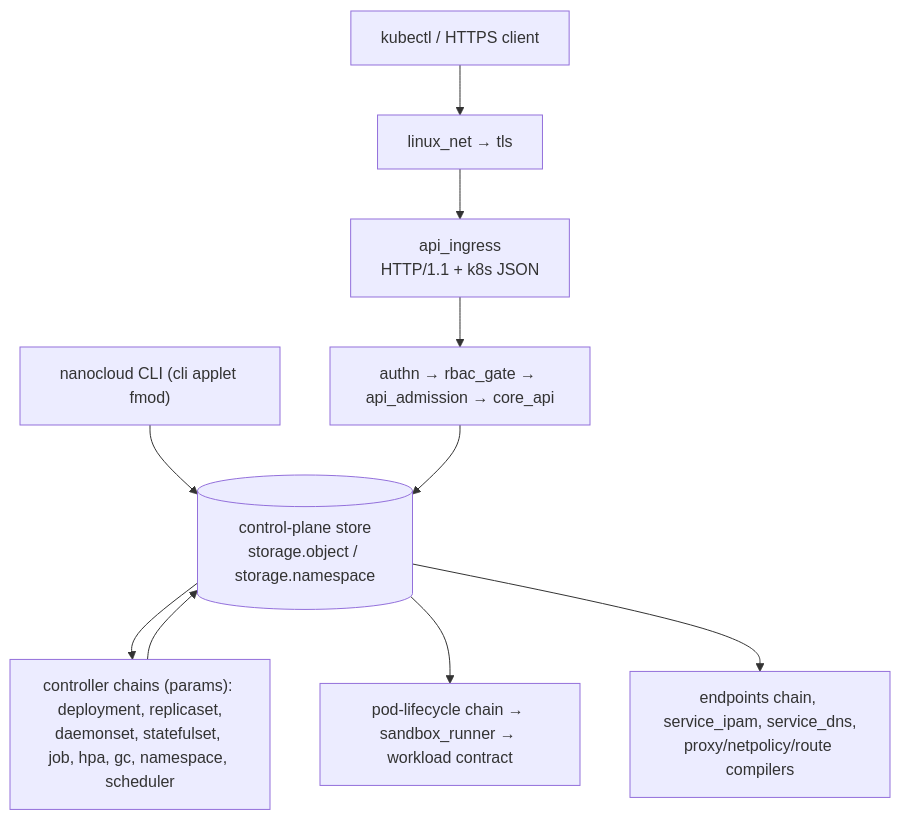
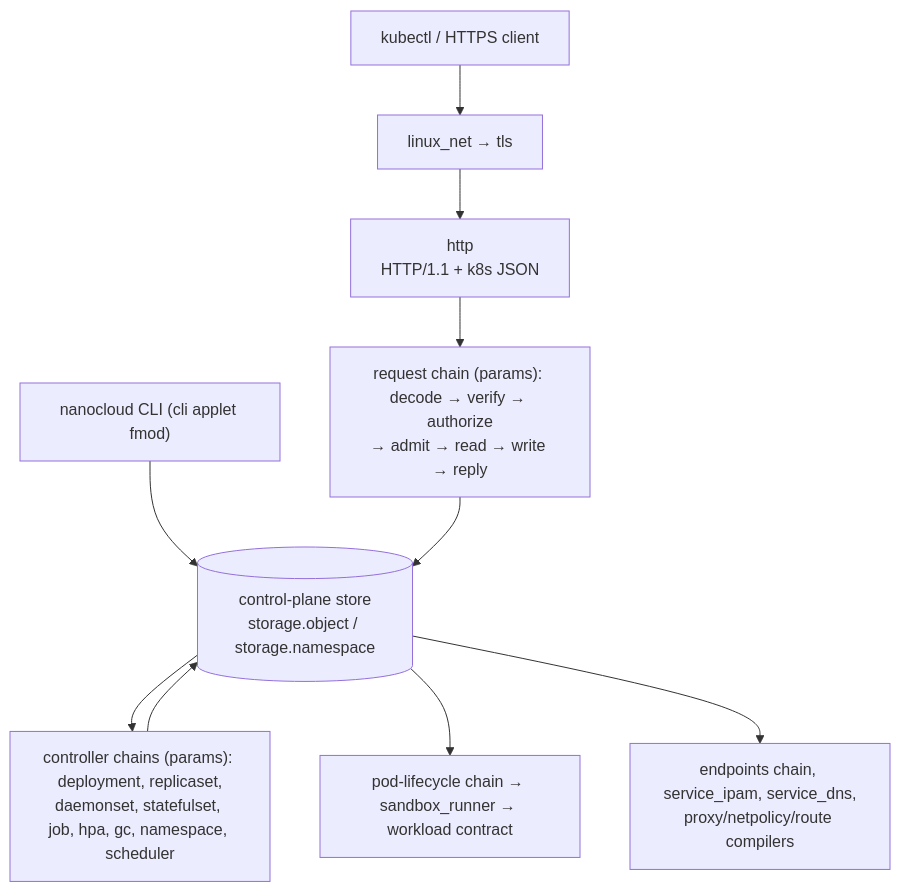
One commit to nanocloudio/nanocloud changed the diagram in README.md. Above: the diagram before and after it, drawn with Mermaid. The commit also changed other lines of this file and 69 other files, not shown here.

Commit message:
Module API plane retired — seven modules deleted; mTLS, DNS and webhook validation become Chronicle params

````diff
--- a/README.md
+++ b/README.md
@@ -44,12 +44,12 @@
 ```mermaid
 flowchart TD
     CLI["nanocloud CLI (cli applet fmod)"] --> Store[("control-plane store<br/>storage.object / storage.namespace")]
     Client["kubectl / HTTPS client"] --> TLS["linux_net → tls"]
-    TLS --> Ingress["api_ingress<br/>HTTP/1.1 + k8s JSON"]
-    Ingress --> Pipe["authn → rbac_gate → api_admission → core_api"]
+    TLS --> Http["http<br/>HTTP/1.1 + k8s JSON"]
+    Http --> Pipe["request chain (params): decode → verify → authorize<br/>→ admit → read → write → reply"]
     Pipe --> Store
     Store --> Ctrl["controller chains (params): deployment, replicaset,<br/>daemonset, statefulset, job, hpa, gc, namespace, scheduler"]
     Ctrl --> Store
     Store --> Node["pod-lifecycle chain → sandbox_runner → workload contract"]
     Store --> Net["endpoints chain, service_ipam, service_dns,<br/>proxy/netpolicy/route compilers"]
 ```
````
